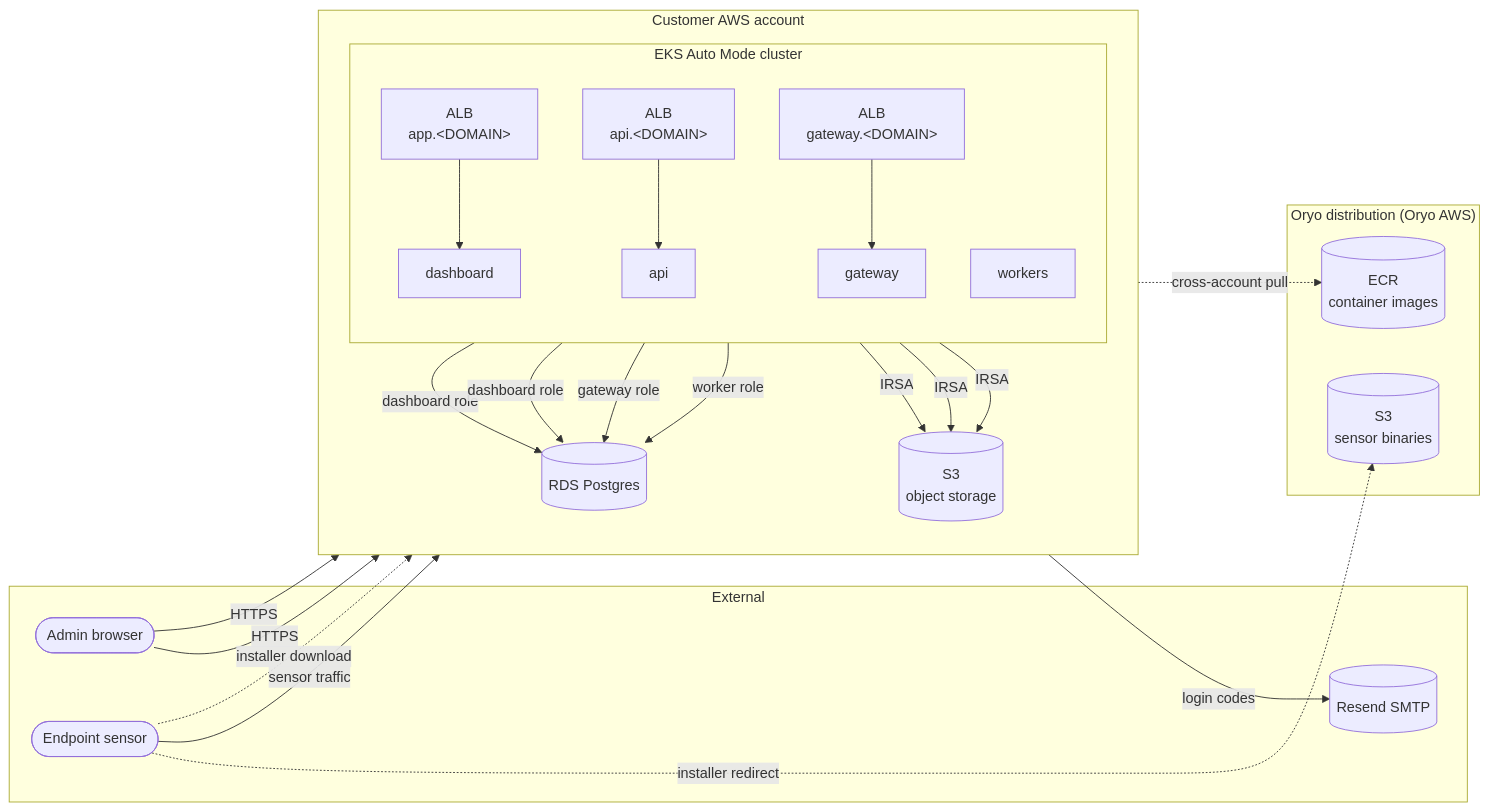
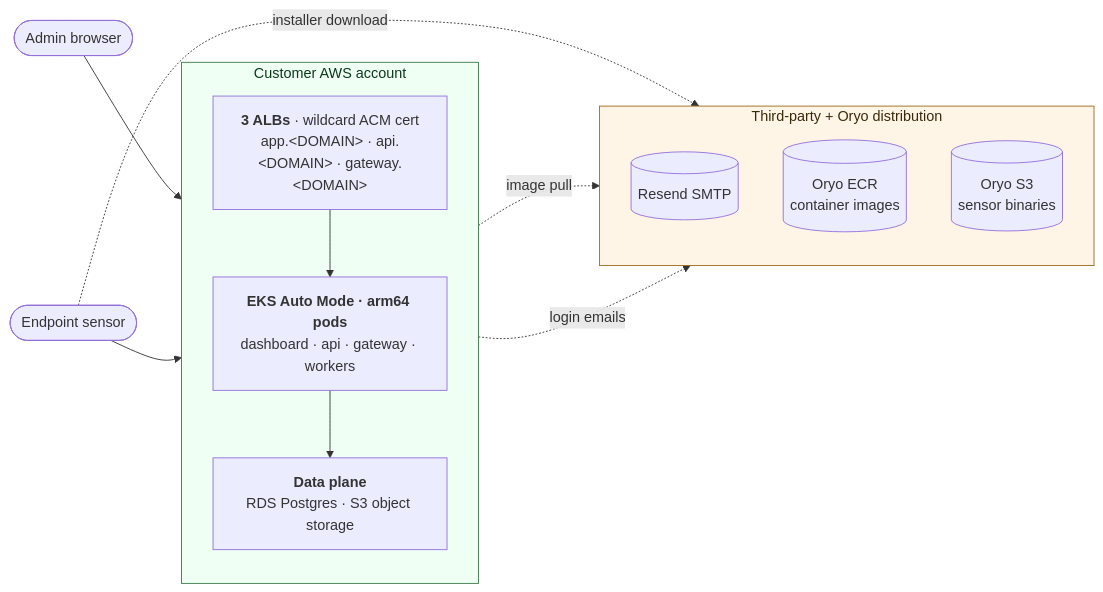
The diagram in customer/README.md (oryo-identity/oryo-private-deploy), drawn with Mermaid before and after one commit. The commit also changed other lines of this file, not shown here.

Commit message:
README: redesign architecture diagram to kill crossing wires
v1 had ~12 individual arrows in a flowchart TB layout with every pod
and ALB shown separately. Resulted in significant crossing-line clutter
that was hard to read. Verified the rendering locally via mmdc.

v2 collapses the per-component detail into 3 labeled boxes inside the
Customer subgraph (ALBs / pods / data) and arranges everything LR:
External actors on the left, Customer middle, Third-party + Oryo right.
Down from 12 arrows to 5; only one diagonal line (sensor → installer
bucket). The collapsed detail (per-service DB roles, IRSA, two-hop
installer redirect) is captured in the "Reading the diagram" block
below + linked into the glossary, so nothing's lost.

````diff
--- a/customer/README.md
+++ b/customer/README.md
@@ -13,54 +13,31 @@
 ```mermaid
 flowchart LR
-    subgraph external["External"]
-        BROWSER([Admin browser])
-        SENSOR([Endpoint sensor])
-        RESEND[(Resend SMTP)]
+    BROWSER([Admin browser])
+    SENSOR([Endpoint sensor])
+
+    subgraph CUST["Customer AWS account"]
+        direction TB
+        ING["<b>3 ALBs</b> · wildcard ACM cert<br/>app.&lt;DOMAIN&gt; · api.&lt;DOMAIN&gt; · gateway.&lt;DOMAIN&gt;"]
+        PODS["<b>EKS Auto Mode · arm64 pods</b><br/>dashboard · api · gateway · workers"]
+        DATA["<b>Data plane</b><br/>RDS Postgres · S3 object storage"]
+        ING --> PODS --> DATA
     end
 
-    subgraph oryo_aws["Oryo distribution (Oryo AWS)"]
-        ECR[(ECR<br/>container images)]
-        BIN[(S3<br/>sensor binaries)]
+    subgraph THIRD["Third-party + Oryo distribution"]
+        direction TB
+        RESEND[(Resend SMTP)]
+        ECR[(Oryo ECR<br/>container images)]
+        BIN[(Oryo S3<br/>sensor binaries)]
     end
 
-    subgraph customer["Customer AWS account"]
-        direction TB
-        subgraph eks["EKS Auto Mode cluster"]
-            direction TB
-            ALB_APP[ALB<br/>app.&lt;DOMAIN&gt;]
-            ALB_API[ALB<br/>api.&lt;DOMAIN&gt;]
-            ALB_GW[ALB<br/>gateway.&lt;DOMAIN&gt;]
+    BROWSER --> ING
+    SENSOR --> ING
+    PODS -. image pull .-> ECR
+    PODS -. login emails .-> RESEND
+    SENSOR -. installer download .-> BIN
 
-            DASH[dashboard]
-            API[api]
-            GW[gateway]
-            WK[workers]
-
-            ALB_APP --> DASH
-            ALB_API --> API
-            ALB_GW --> GW
-        end
-
-        RDS[(RDS Postgres)]
-        S3[(S3<br/>object storage)]
-    end
-
-    BROWSER -- HTTPS --> ALB_APP
-    BROWSER -- HTTPS --> ALB_API
-    SENSOR -- sensor traffic --> ALB_GW
-    SENSOR -. installer download .-> ALB_API
-    SENSOR -. installer redirect .-> BIN
-
-    DASH -- dashboard role --> RDS
-    API -- dashboard role --> RDS
-    GW -- gateway role --> RDS
-    WK -- worker role --> RDS
-
-    DASH -- IRSA --> S3
-    API -- IRSA --> S3
-    WK -- IRSA --> S3
-
-    DASH -- login codes --> RESEND
-
-    eks -. cross-account pull .-> ECR
+    classDef cust fill:#f0fff4,stroke:#3a7a4a,color:#0a3a1a
+    classDef third fill:#fff5e6,stroke:#9c6b1d,color:#3a2a0a
+    class CUST cust
+    class THIRD third
 ```
````
